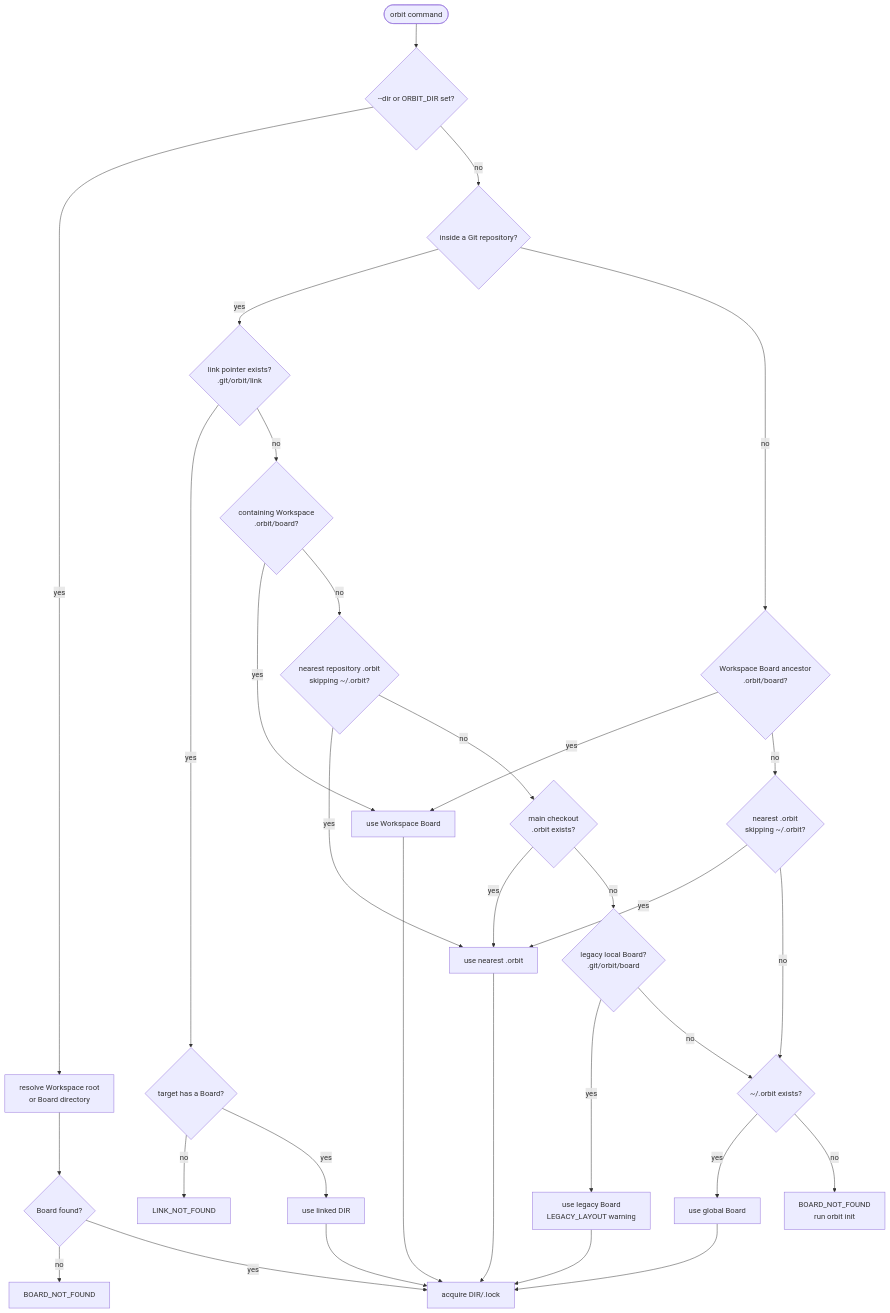
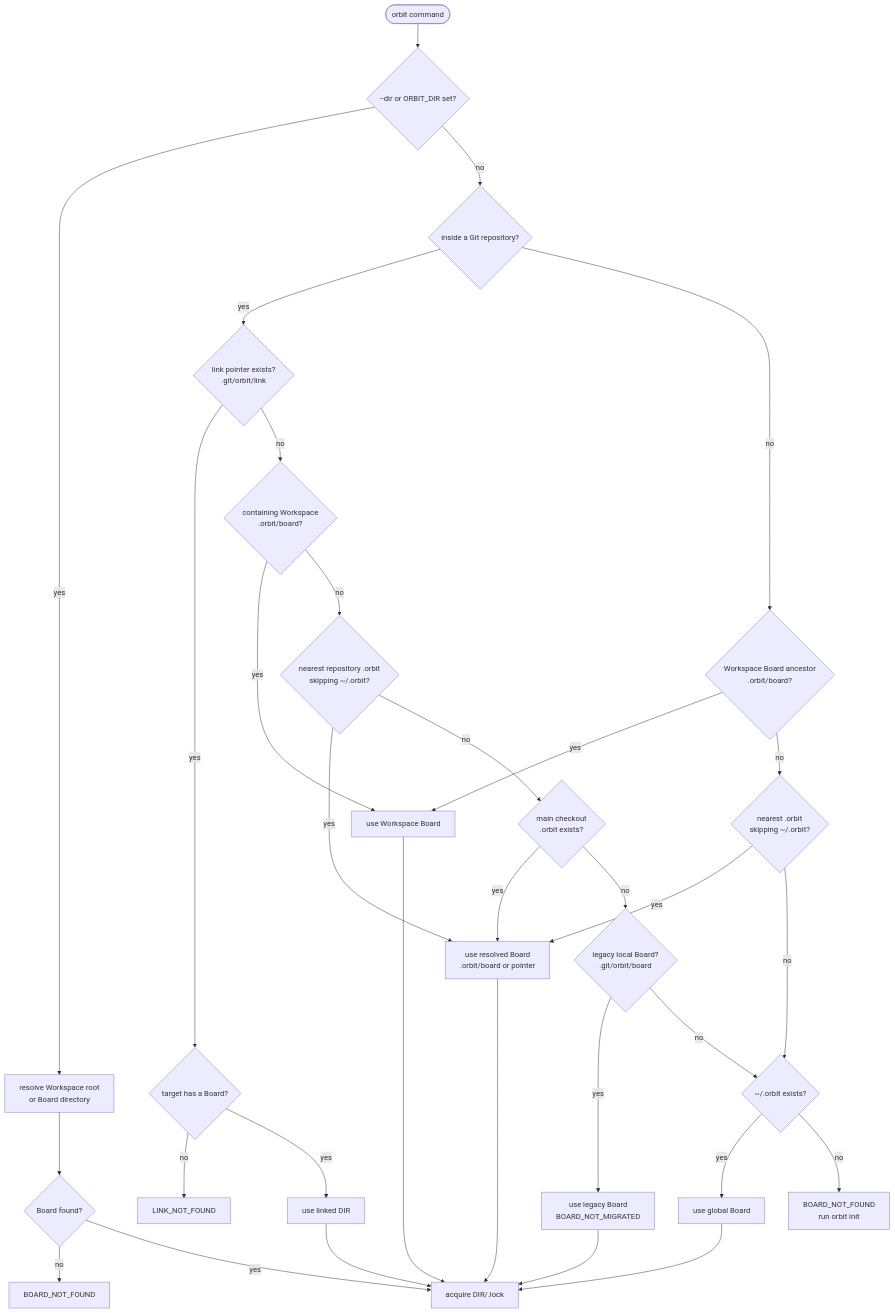
One commit to rcmendes/orbit changed the second of 15 diagrams in docs/ARCHITECTURE.md. Above: the diagram before and after it, drawn with Mermaid. The commit also changed other lines of this file, not shown here.

Commit message:
docs(architecture): redraw board layout, init flow, and legacy migration for ADR-0019

````diff
--- a/docs/ARCHITECTURE.md
+++ b/docs/ARCHITECTURE.md
@@ -188,37 +188,37 @@
 ```mermaid
 flowchart TD
     START(["orbit command"]) --> OVERRIDE{"--dir or ORBIT_DIR set?"}
     OVERRIDE -->|yes| EXPLICIT["resolve Workspace root<br/>or Board directory"]
     EXPLICIT --> EXISTS{"Board found?"}
     EXISTS -->|no| NOBOARD["BOARD_NOT_FOUND"]
     EXISTS -->|yes| LOCK["acquire DIR/.lock"]
 
     OVERRIDE -->|no| REPO{"inside a Git repository?"}
     REPO -->|yes| LINKED{"link pointer exists?<br/>.git/orbit/link"}
     LINKED -->|yes| TARGET{"target has a Board?"}
     TARGET -->|no| LINKERR["LINK_NOT_FOUND"]
     TARGET -->|yes| SHARED["use linked DIR"]
     LINKED -->|no| WORKSPACE{"containing Workspace<br/>.orbit/board?"}
     WORKSPACE -->|yes| WBOARD["use Workspace Board"]
     WORKSPACE -->|no| NEAREST{"nearest repository .orbit<br/>skipping ~/.orbit?"}
-    NEAREST -->|yes| OWN["use nearest .orbit"]
+    NEAREST -->|yes| OWN["use resolved Board<br/>.orbit/board or pointer"]
     NEAREST -->|no| MAIN{"main checkout<br/>.orbit exists?"}
     MAIN -->|yes| OWN
     MAIN -->|no| LEGACY{"legacy local Board?<br/>.git/orbit/board"}
-    LEGACY -->|yes| LEGACYUSE["use legacy Board<br/>LEGACY_LAYOUT warning"]
+    LEGACY -->|yes| LEGACYUSE["use legacy Board<br/>BOARD_NOT_MIGRATED"]
     LEGACY -->|no| GLOBAL{"~/.orbit exists?"}
     GLOBAL -->|yes| GLOBALUSE["use global Board"]
     GLOBAL -->|no| NOBOARD2["BOARD_NOT_FOUND<br/>run orbit init"]
 
     REPO -->|no| OUTSIDE{"Workspace Board ancestor<br/>.orbit/board?"}
     OUTSIDE -->|yes| WBOARD
     OUTSIDE -->|no| OUTSIDEORBIT{"nearest .orbit<br/>skipping ~/.orbit?"}
     OUTSIDEORBIT -->|yes| OWN
     OUTSIDEORBIT -->|no| GLOBAL
 
     SHARED --> LOCK
     WBOARD --> LOCK
     OWN --> LOCK
     LEGACYUSE --> LOCK
     GLOBALUSE --> LOCK
 ```
````
